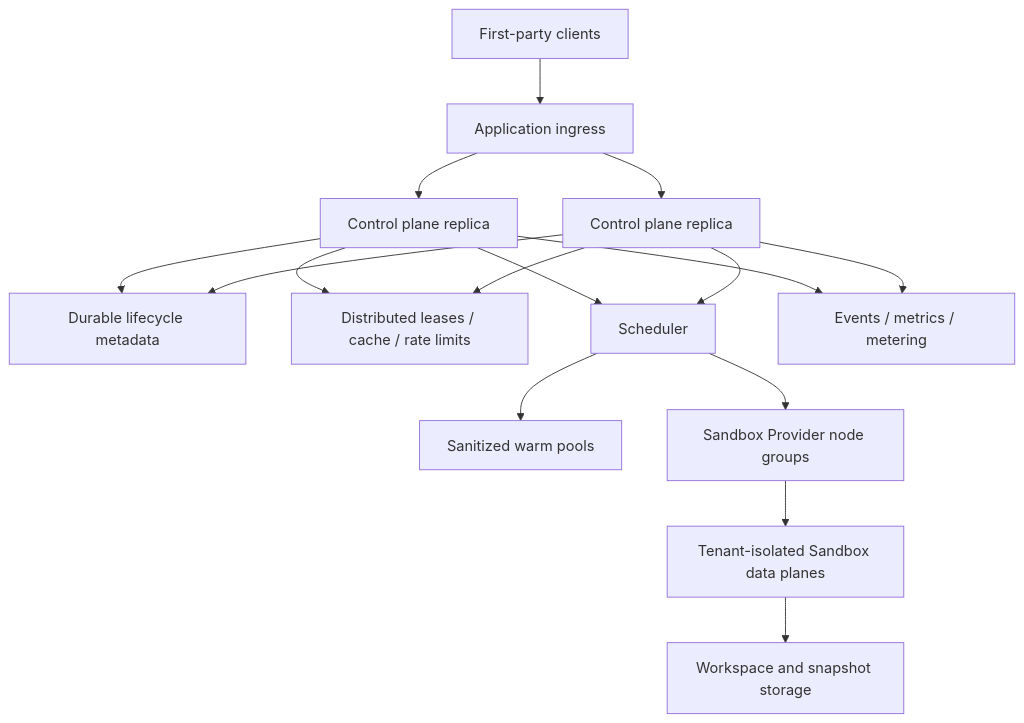
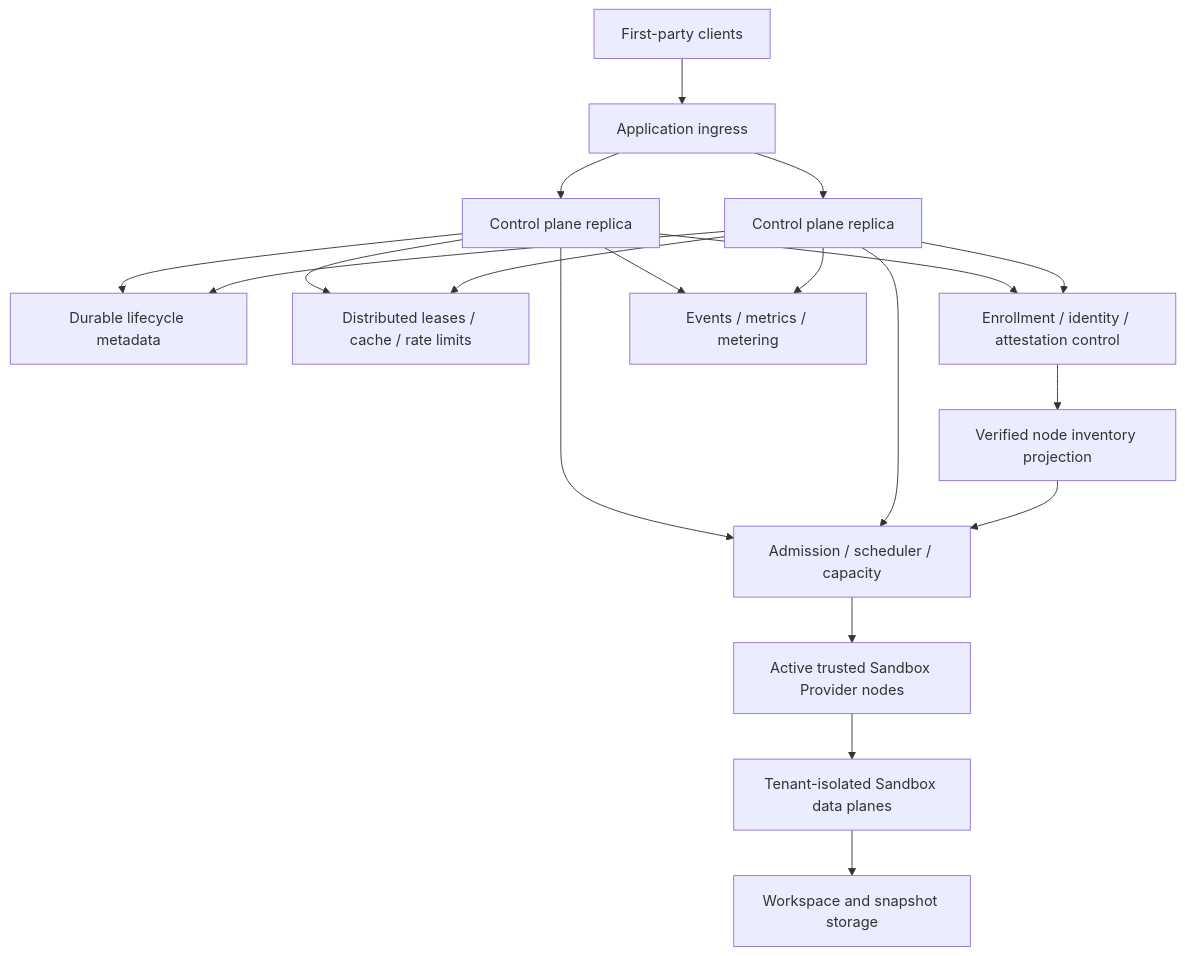
One commit to Sdkwork-Cloud/sdkwork-sandbox changed the third of 3 diagrams in docs/architecture/tech/TECH-runtime-topology.md. Above: the diagram before and after it, drawn with Mermaid. The commit also changed other lines of this file and 110 other files, not shown here.

````diff
--- a/docs/architecture/tech/TECH-runtime-topology.md
+++ b/docs/architecture/tech/TECH-runtime-topology.md
@@ -47,18 +48,21 @@
 ```mermaid
 flowchart TB
     CLIENT["First-party clients"] --> LB["Application ingress"]
     LB --> CP1["Control plane replica"]
     LB --> CP2["Control plane replica"]
     CP1 --> DB["Durable lifecycle metadata"]
     CP2 --> DB
     CP1 --> COORD["Distributed leases / cache / rate limits"]
     CP2 --> COORD
-    CP1 --> SCHED["Scheduler"]
+    CP1 --> TRUST["Enrollment / identity / attestation control"]
+    CP2 --> TRUST
+    TRUST --> INVENTORY["Verified node inventory projection"]
+    CP1 --> SCHED["Admission / scheduler / capacity"]
     CP2 --> SCHED
-    SCHED --> POOL["Sanitized warm pools"]
-    SCHED --> NODES["Sandbox Provider node groups"]
+    INVENTORY --> SCHED
+    SCHED --> NODES["Active trusted Sandbox Provider nodes"]
     NODES --> DATA["Tenant-isolated Sandbox data planes"]
     DATA --> WS["Workspace and snapshot storage"]
     CP1 --> EVENTS["Events / metrics / metering"]
     CP2 --> EVENTS
 ```
````
